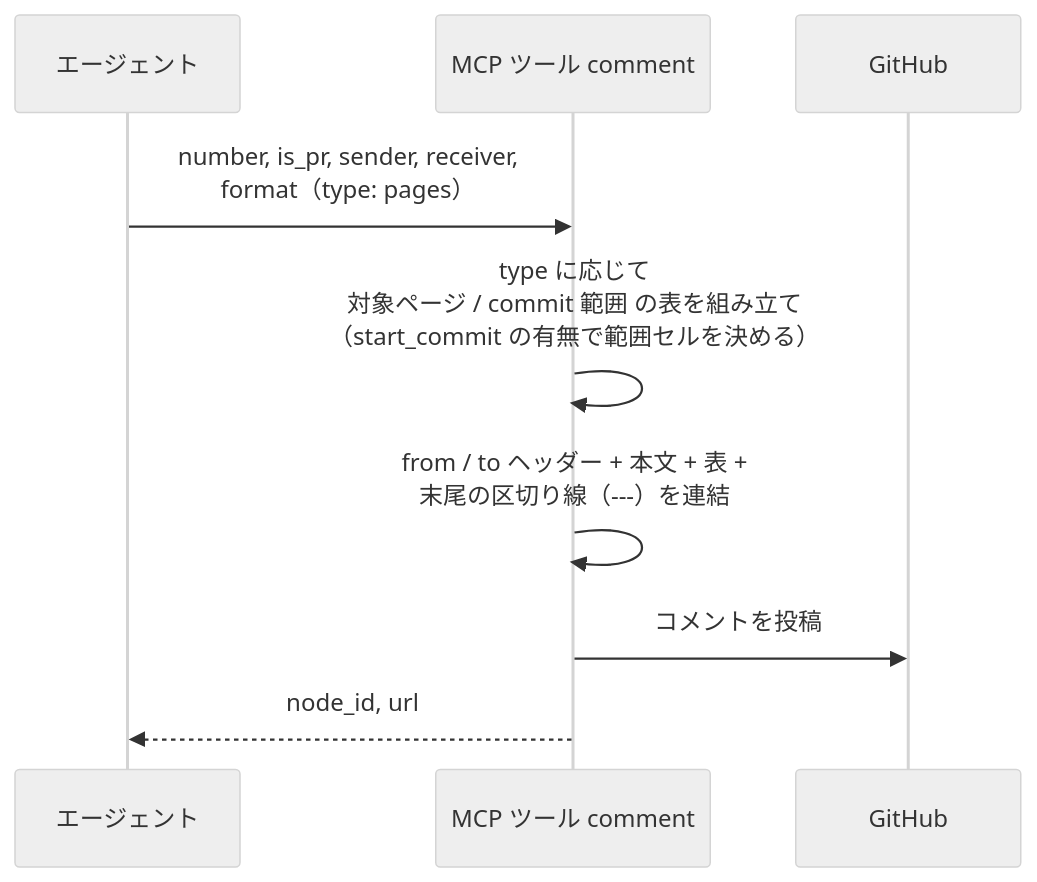
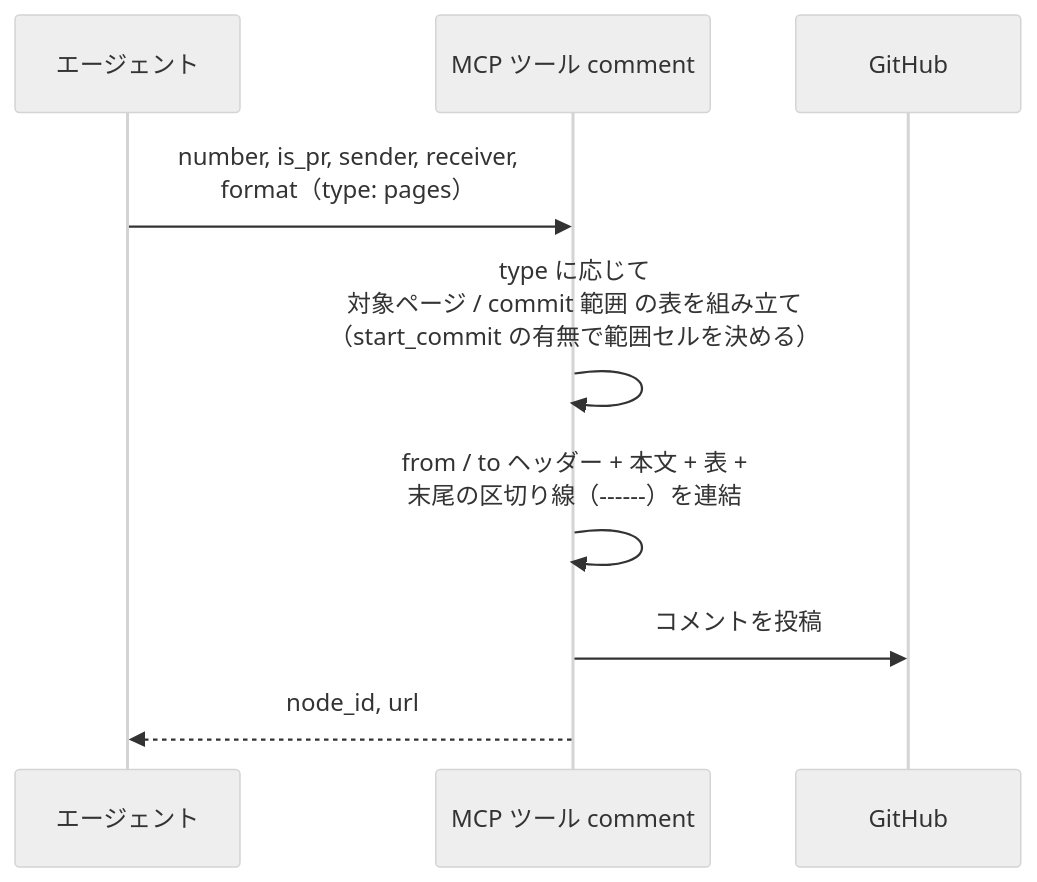
One commit to shuhei1101/ai-monitor changed the third of 5 diagrams in docs/wiki/設計図/インターフェース定義/バックエンド/コメント投稿.py.md. Above: the diagram before and after it, drawn with Mermaid (neutral theme). The commit also changed other lines of this file and 45 other files, not shown here.

````diff
--- a/docs/wiki/設計図/インターフェース定義/バックエンド/コメント投稿.py.md
+++ b/docs/wiki/設計図/インターフェース定義/バックエンド/コメント投稿.py.md
@@ -202,12 +202,12 @@
 ```mermaid
 sequenceDiagram
   participant A as エージェント
   participant T as MCP ツール comment
   participant GH as GitHub
 
   A->>T: number, is_pr, sender, receiver,<br>format（type: pages）
   T->>T: type に応じて<br>対象ページ / commit 範囲 の表を組み立て<br>（start_commit の有無で範囲セルを決める）
-  T->>T: from / to ヘッダー + 本文 + 表 +<br>末尾の区切り線（---）を連結
+  T->>T: from / to ヘッダー + 本文 + 表 +<br>末尾の区切り線（------）を連結
   T->>GH: コメントを投稿
   T-->>A: node_id, url
 ```
````
